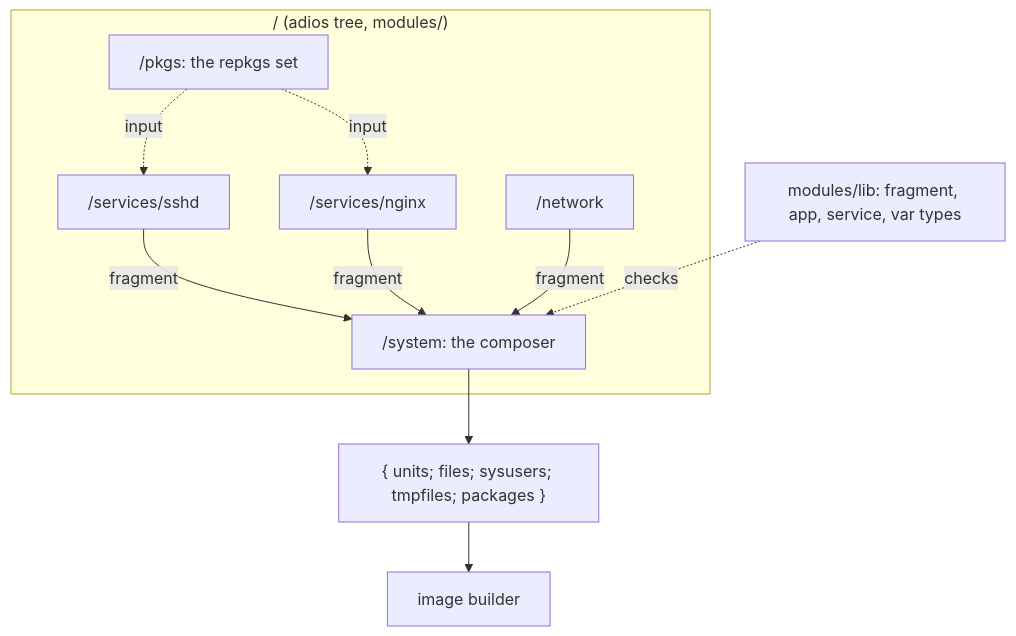
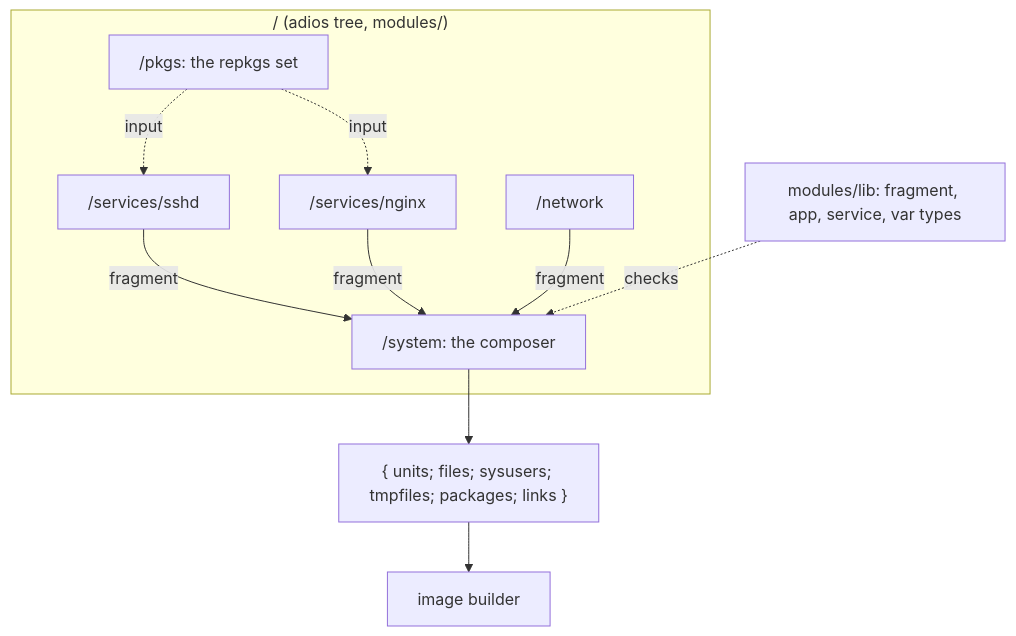
The diagram in docs/design/modules.md (slophaer/golconda), drawn with Mermaid before and after one commit. The commit also changed other lines of this file and 8 other files, not shown here.

````diff
--- a/docs/design/modules.md
+++ b/docs/design/modules.md
@@ -7,18 +7,18 @@
 ```mermaid
 flowchart TD
   subgraph tree["/ (adios tree, modules/)"]
     pkgs["/pkgs: the repkgs set"]
     system["/system: the composer"]
     svc1["/services/sshd"]
     svc2["/services/nginx"]
     net["/network"]
   end
   pkgs -.->|input| svc1
   pkgs -.->|input| svc2
   svc1 -->|fragment| system
   svc2 -->|fragment| system
   net -->|fragment| system
   lib["modules/lib: fragment, app, service, var types"] -.->|checks| system
-  system --> out["{ units; files; sysusers; tmpfiles; packages }"]
+  system --> out["{ units; files; sysusers; tmpfiles; packages; links }"]
   out --> image[image builder]
 ```
````
